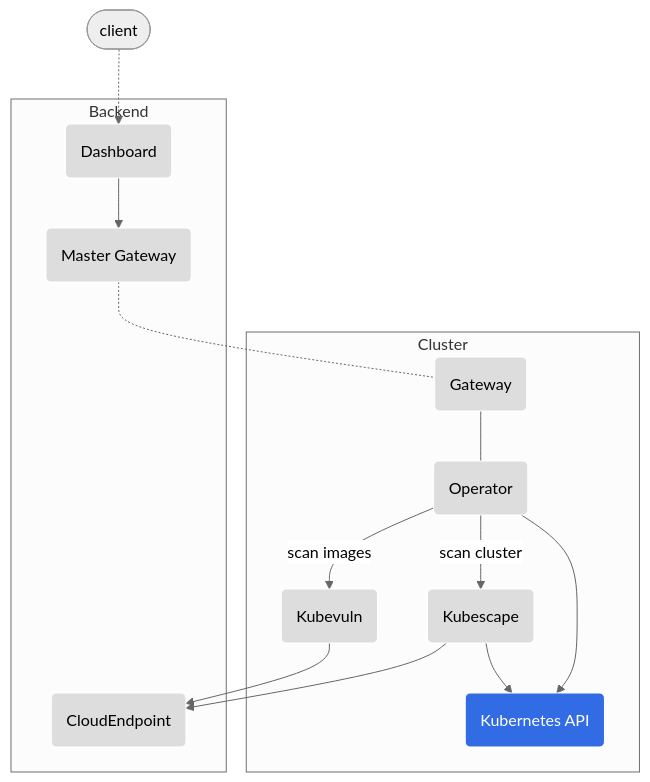
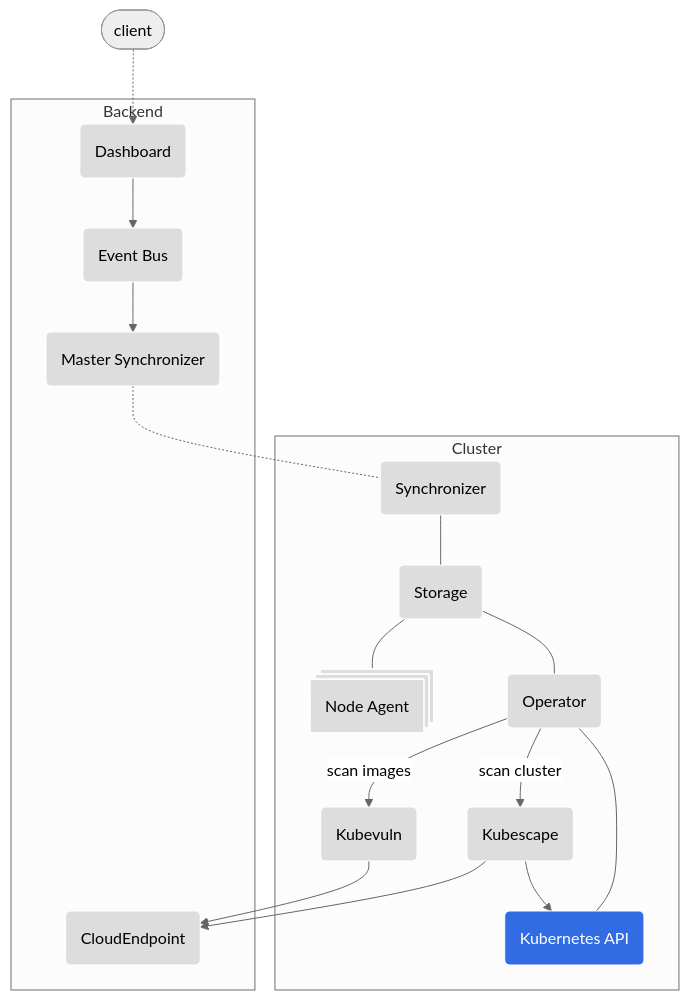
One commit to kubescape/helm-charts changed the first of 7 diagrams in charts/kubescape-operator/README.md. Above: the diagram before and after it, drawn with Mermaid (neutral theme). The commit also changed other lines of this file and 1 other file, not shown here.

Commit message:
update readme and diagrams

````diff
--- a/charts/kubescape-operator/README.md
+++ b/charts/kubescape-operator/README.md
@@ -171,31 +171,35 @@
 ```mermaid
 graph TB
 
   client([client]) .-> dashboard
-  masterGw  .- gw
+  masterSync .- sync
+  sync --- store
 
   subgraph Cluster
-    gw(Gateway)
+    agent@{shape: procs, label: "Node Agent"}
+    sync(Synchronizer)
     operator(Operator)
     k8sApi(Kubernetes API);
     kubevuln(Kubevuln)
     ks(Kubescape)
-    gw --- operator
+    store(Storage)
+    store --- agent
+    store --- operator
     operator -->|scan cluster| ks
     operator -->|scan images| kubevuln
-    operator --> k8sApi
+    operator --- k8sApi
     ks --> k8sApi
   end;
 
 subgraph Backend
     er(CloudEndpoint)
-    dashboard(Dashboard) --> masterGw("Master Gateway")
+    dashboard(Dashboard) --> bus(Event Bus) --> masterSync("Master Synchronizer")
     ks --> er
     kubevuln --> er
   end;
 
   classDef k8s fill:#326ce5,stroke:#fff,stroke-width:1px,color:#fff;
   classDef plain fill:#ddd,stroke:#fff,stroke-width:1px,color:#000;
   class k8sApi k8s
-  class ks,operator,gw,masterGw,kollector,kubevuln,er,dashboard plain
+  class agent,ks,operator,sync,masterSync,kollector,kubevuln,er,dashboard,store,bus plain
 ```
````
